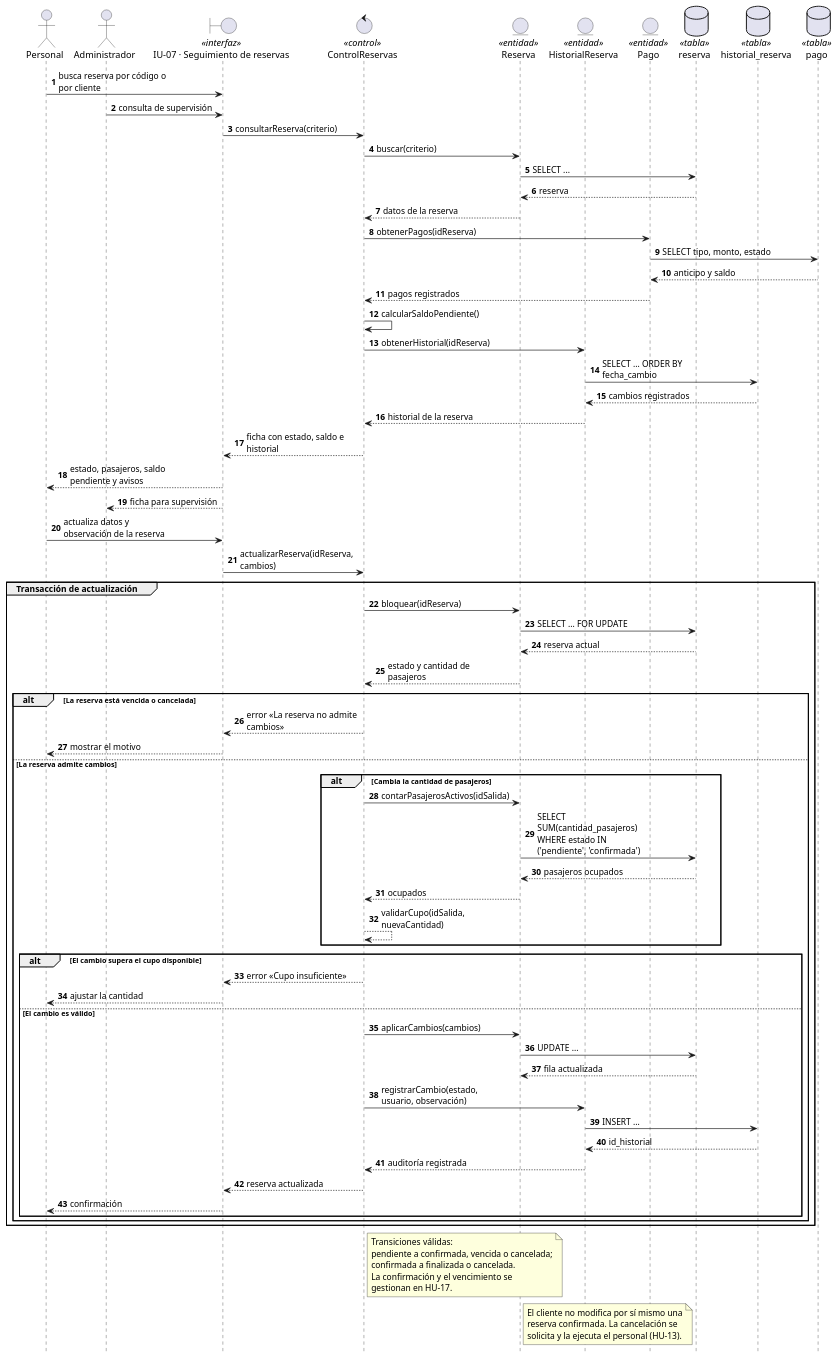
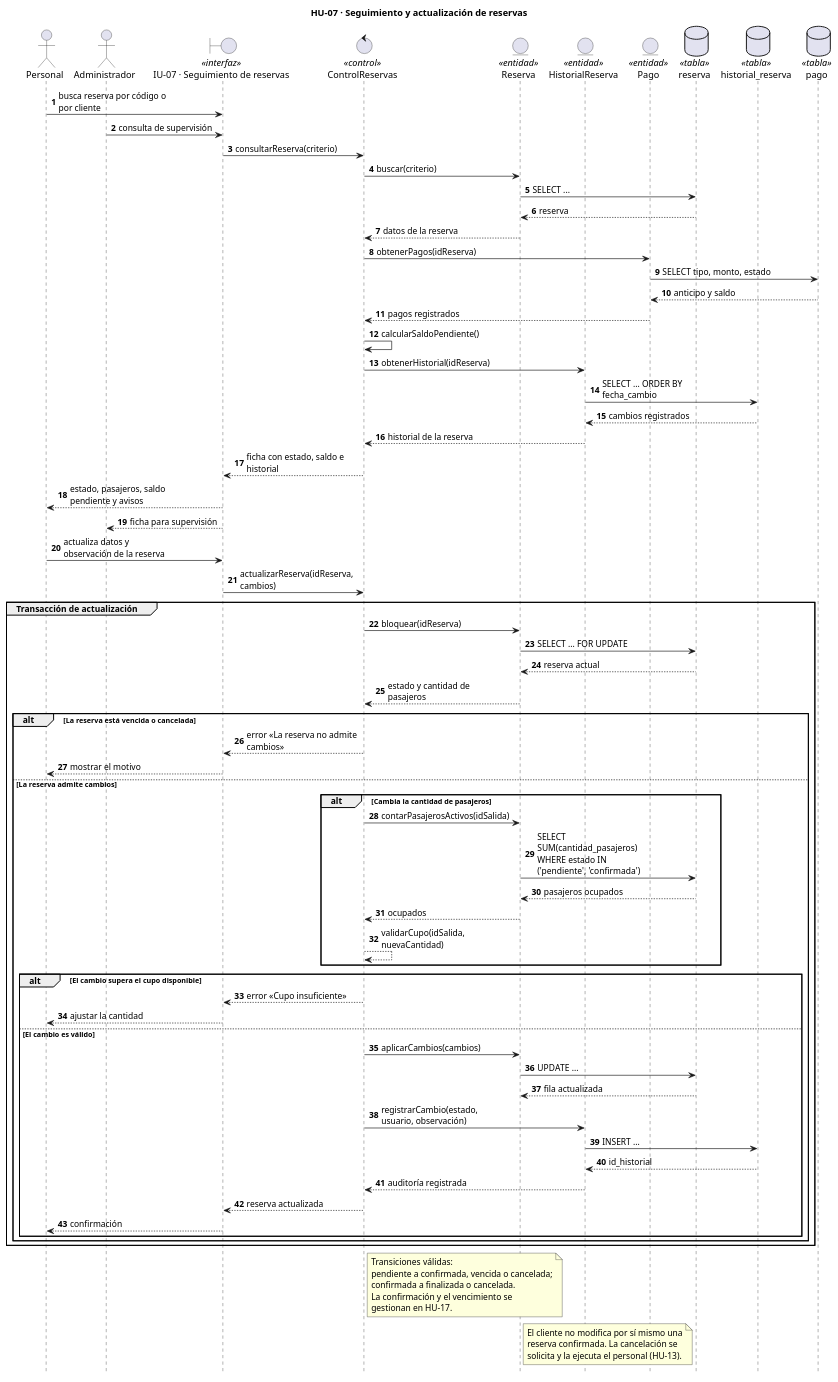
One commit to fervflow/sis-inf3-proyecto-formativo changed the diagram in sistema/diagramas/uml/secuencia/hu-07-actualizar-reserva.puml. Above: the diagram before and after it, drawn with PlantUML. The commit also changed 24 other files, not shown here.

Commit message:
feat: titulo de HU en diagramas de secuencia

```diff
--- a/sistema/diagramas/uml/secuencia/hu-07-actualizar-reserva.puml
+++ b/sistema/diagramas/uml/secuencia/hu-07-actualizar-reserva.puml
@@ -1,93 +1,93 @@
 @startuml
-' HU-07 · Seguimiento y actualización de reservas
+title HU-07 · Seguimiento y actualización de reservas
 ' El personal consulta el estado, el saldo y el historial, y actualiza los
 ' datos de una reserva. El cliente no modifica su reserva confirmada: lo
 ' solicita y el personal lo ejecuta.
 hide footbox
 autonumber
 skinparam maxMessageSize 175
 
 actor "Personal" as PER
 actor "Administrador" as ADM
 boundary "IU-07 · Seguimiento de reservas" as UI <<interfaz>>
 control "ControlReservas" as CTRL <<control>>
 entity "Reserva" as E_RESERVA <<entidad>>
 entity "HistorialReserva" as E_HISTORIAL <<entidad>>
 entity "Pago" as E_PAGO <<entidad>>
 database "reserva" as T_RESERVA <<tabla>>
 database "historial_reserva" as T_HISTORIAL <<tabla>>
 database "pago" as T_PAGO <<tabla>>
 
 PER -> UI : busca reserva por código o por cliente
 ADM -> UI : consulta de supervisión
 UI -> CTRL : consultarReserva(criterio)
 CTRL -> E_RESERVA : buscar(criterio)
 E_RESERVA -> T_RESERVA : SELECT ...
 T_RESERVA --> E_RESERVA : reserva
 E_RESERVA --> CTRL : datos de la reserva
 
 CTRL -> E_PAGO : obtenerPagos(idReserva)
 E_PAGO -> T_PAGO : SELECT tipo, monto, estado
 T_PAGO --> E_PAGO : anticipo y saldo
 E_PAGO --> CTRL : pagos registrados
 CTRL -> CTRL : calcularSaldoPendiente()
 CTRL -> E_HISTORIAL : obtenerHistorial(idReserva)
 E_HISTORIAL -> T_HISTORIAL : SELECT ... ORDER BY fecha_cambio
 T_HISTORIAL --> E_HISTORIAL : cambios registrados
 E_HISTORIAL --> CTRL : historial de la reserva
 CTRL --> UI : ficha con estado, saldo e historial
 UI --> PER : estado, pasajeros, saldo pendiente y avisos
 UI --> ADM : ficha para supervisión
 
 PER -> UI : actualiza datos y observación de la reserva
 UI -> CTRL : actualizarReserva(idReserva, cambios)
 
 group Transacción de actualización
     CTRL -> E_RESERVA : bloquear(idReserva)
     E_RESERVA -> T_RESERVA : SELECT ... FOR UPDATE
     T_RESERVA --> E_RESERVA : reserva actual
     E_RESERVA --> CTRL : estado y cantidad de pasajeros
 
     alt La reserva está vencida o cancelada
         CTRL --> UI : error «La reserva no admite cambios»
         UI --> PER : mostrar el motivo
     else La reserva admite cambios
         alt Cambia la cantidad de pasajeros
             CTRL -> E_RESERVA : contarPasajerosActivos(idSalida)
             E_RESERVA -> T_RESERVA : SELECT SUM(cantidad_pasajeros)\nWHERE estado IN ('pendiente', 'confirmada')
             T_RESERVA --> E_RESERVA : pasajeros ocupados
             E_RESERVA --> CTRL : ocupados
             CTRL --> CTRL : validarCupo(idSalida, nuevaCantidad)
         end
 
         alt El cambio supera el cupo disponible
             CTRL --> UI : error «Cupo insuficiente»
             UI --> PER : ajustar la cantidad
         else El cambio es válido
             CTRL -> E_RESERVA : aplicarCambios(cambios)
             E_RESERVA -> T_RESERVA : UPDATE ...
             T_RESERVA --> E_RESERVA : fila actualizada
             CTRL -> E_HISTORIAL : registrarCambio(estado, usuario, observación)
             E_HISTORIAL -> T_HISTORIAL : INSERT ...
             T_HISTORIAL --> E_HISTORIAL : id_historial
             E_HISTORIAL --> CTRL : auditoría registrada
             CTRL --> UI : reserva actualizada
             UI --> PER : confirmación
         end
     end
 end
 
 note right of CTRL
     Transiciones válidas:
     pendiente a confirmada, vencida o cancelada;
     confirmada a finalizada o cancelada.
     La confirmación y el vencimiento se
     gestionan en HU-17.
 end note
 
 note right of E_RESERVA
     El cliente no modifica por sí mismo una
     reserva confirmada. La cancelación se
     solicita y la ejecuta el personal (HU-13).
 end note
 @enduml
```
